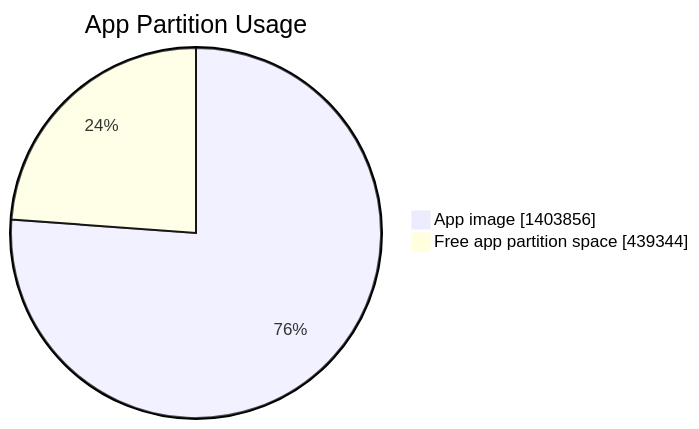
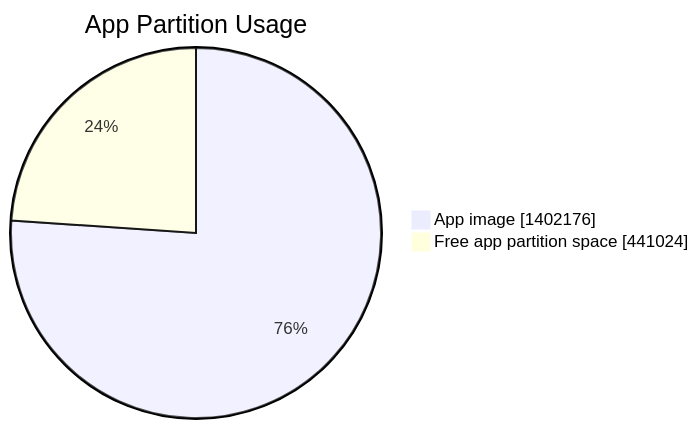
Before and after one commit to marcelpetrick/esp32-fever-dream: the first of 2 diagrams in documents/firmware_breakdown.md, drawn with Mermaid. The commit also changed other lines of this file and 6 other files, not shown here.

````diff
--- a/documents/firmware_breakdown.md
+++ b/documents/firmware_breakdown.md
@@ -17,6 +17,6 @@
 ```mermaid
 pie showData
     title App Partition Usage
-    "App image" : 1403856
-    "Free app partition space" : 439344
+    "App image" : 1402176
+    "Free app partition space" : 441024
 ```
````
